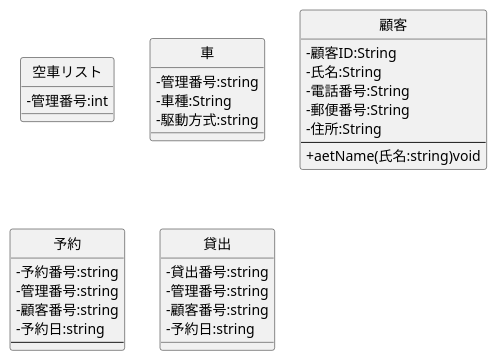
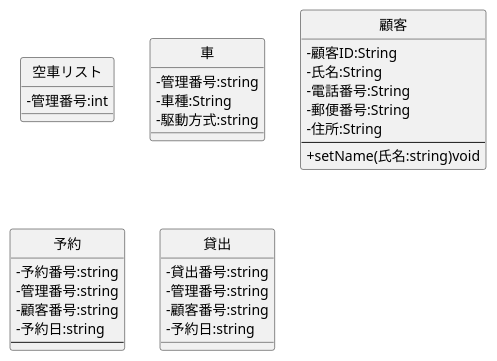
The diagram in 課題3/例題3-1_CL_車両貸出システム.pu (puratina1011/umt_introduction), drawn with PlantUML before and after one commit.

```diff
--- a/課題3/例題3-1_CL_車両貸出システム.pu
+++ b/課題3/例題3-1_CL_車両貸出システム.pu
@@ -1,39 +1,39 @@
 @startuml a
 skinparam classAttributeIconSize 0
 class 空車リスト{
     - 管理番号:int
 }
 class 車 {
 - 管理番号:string
 - 車種:String
 - 駆動方式:string
 }
 class 顧客 {
     -顧客ID:String
     -氏名:String
     -電話番号:String
     -郵便番号:String
     -住所:String
     ---
-    +aetName(氏名:string)void
+    +setName(氏名:string)void
 }
 class 予約 {
 - 予約番号:string
 - 管理番号:string
 - 顧客番号:string
 - 予約日:string
 ---
 }
 class 貸出{
 -貸出番号:string
 - 管理番号:string
 - 顧客番号:string
 - 予約日:string
 }
 hide 空車リスト circle
 hide 車 circle
 hide 顧客 circle
 hide 予約 circle
 hide 貸出 circle
 
 @enduml
```
